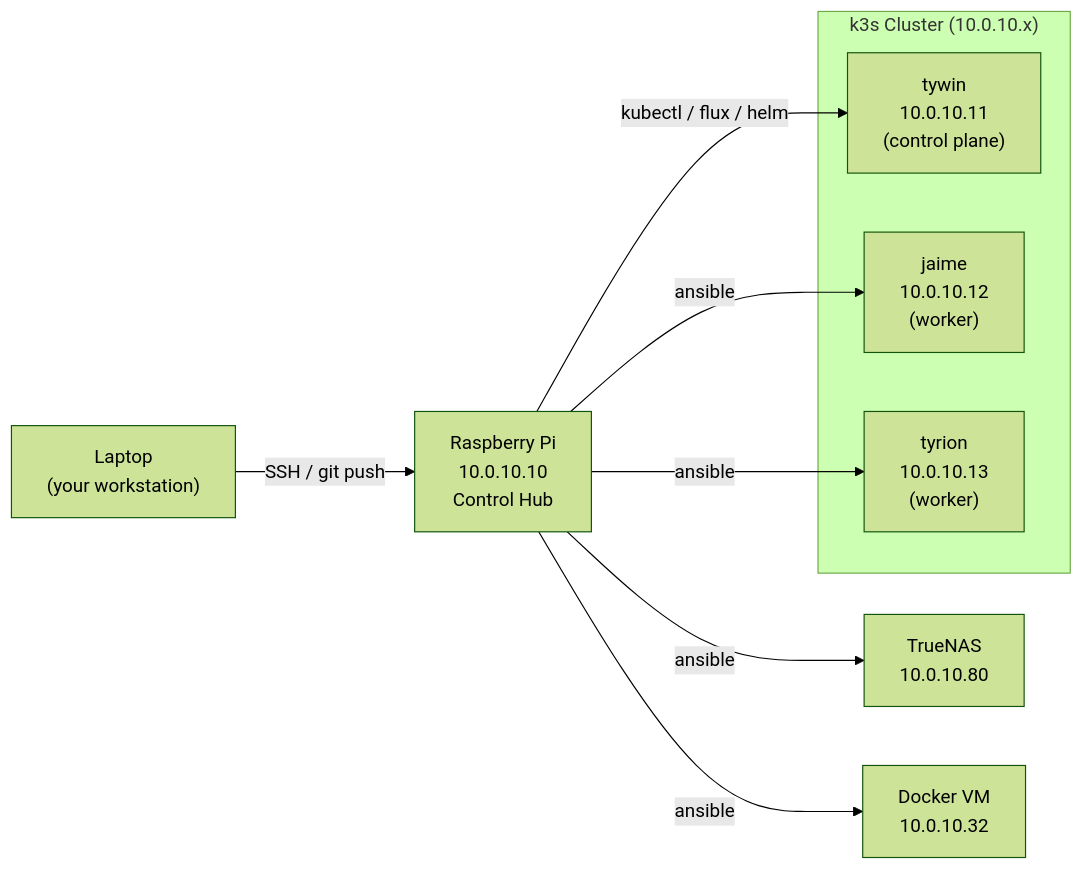
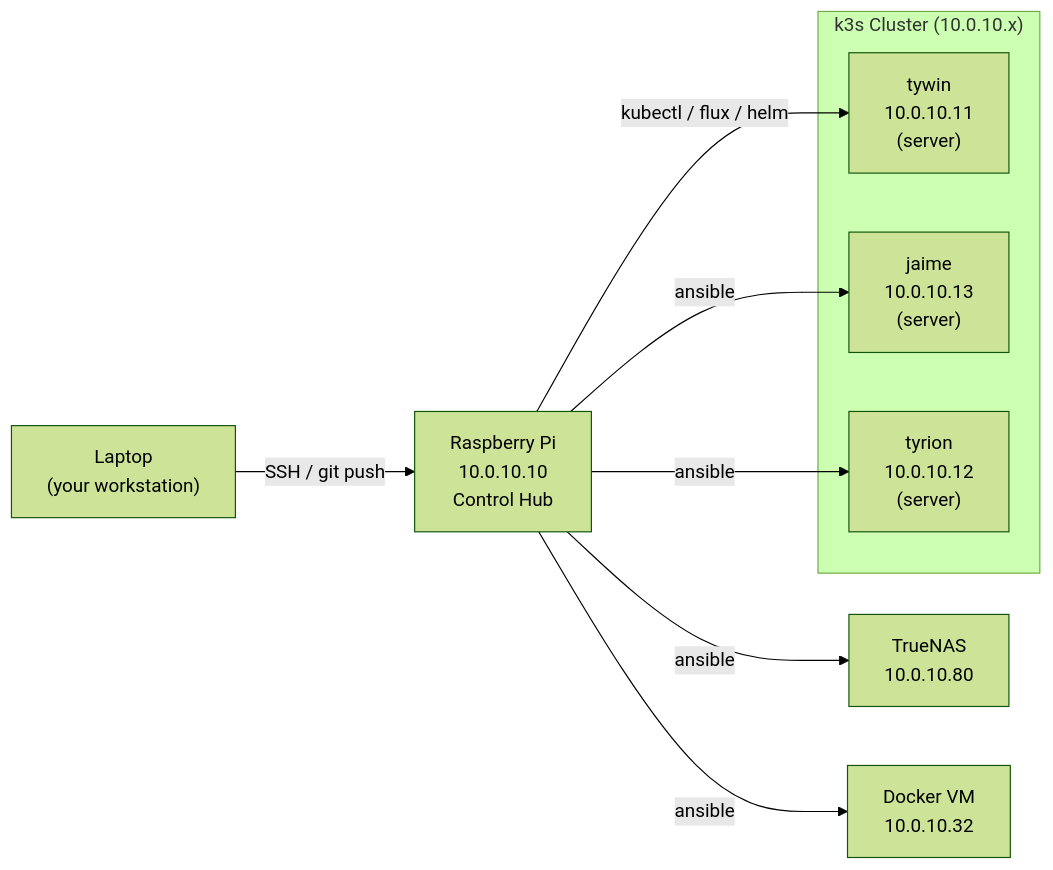
Before and after one commit to Kagiso-me/homelab-infrastructure: the diagram in raspberry-pi/docs/01_setup.md, drawn with Mermaid (forest theme). The commit also changed other lines of this file and 40 other files, not shown here.

````diff
--- a/raspberry-pi/docs/01_setup.md
+++ b/raspberry-pi/docs/01_setup.md
@@ -16,20 +16,20 @@
 ```mermaid
 graph LR
     Laptop["Laptop\n(your workstation)"]
     RPi["Raspberry Pi\n10.0.10.10\nControl Hub"]
     TrueNAS["TrueNAS\n10.0.10.80"]
     Docker["Docker VM\n10.0.10.32"]
 
     subgraph k3s ["k3s Cluster (10.0.10.x)"]
-        tywin["tywin\n10.0.10.11\n(control plane)"]
-        jaime["jaime\n10.0.10.12\n(worker)"]
-        tyrion["tyrion\n10.0.10.13\n(worker)"]
+        tywin["tywin\n10.0.10.11\n(server)"]
+        jaime["jaime\n10.0.10.13\n(server)"]
+        tyrion["tyrion\n10.0.10.12\n(server)"]
     end
 
     Laptop -->|"SSH / git push"| RPi
     RPi -->|"kubectl / flux / helm"| tywin
     RPi -->|"ansible"| jaime
     RPi -->|"ansible"| tyrion
     RPi -->|"ansible"| TrueNAS
     RPi -->|"ansible"| Docker
 ```
````
